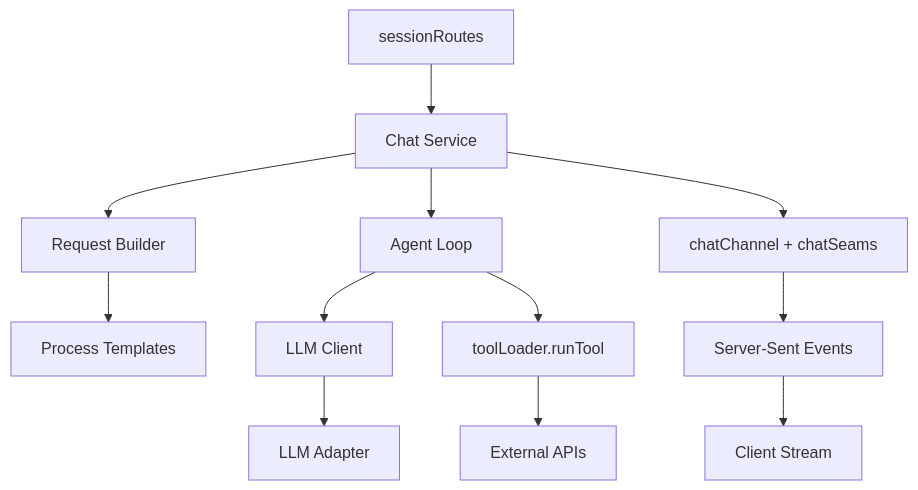
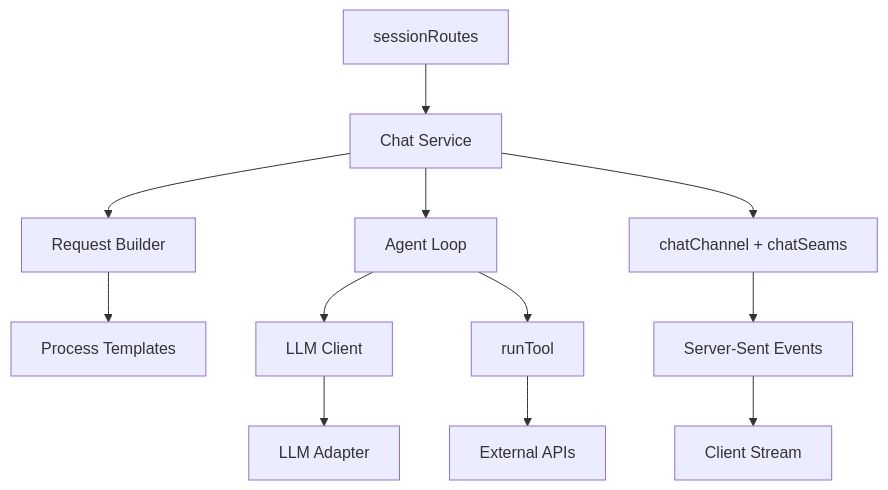
Before and after one commit to intrafind/ihub-apps: the fifth of 5 diagrams in docs/developer-onboarding.md, drawn with Mermaid. The commit also changed other lines of this file and 81 other files, not shown here.

First line of the commit message:
refactor(tools): split toolLoader.js into services/tools/{catalog,webSearchResolver,appTools,runTool}.js (#3237)

````diff
--- a/docs/developer-onboarding.md
+++ b/docs/developer-onboarding.md
@@ -449,16 +449,16 @@
 ```mermaid
 graph TB
     Routes[sessionRoutes] --> ChatService[Chat Service]
     ChatService --> RequestBuilder[Request Builder]
     ChatService --> AgentLoop[Agent Loop]
     ChatService --> Projection[chatChannel + chatSeams]
 
     RequestBuilder --> Templates[Process Templates]
     AgentLoop --> LLMClient[LLM Client]
-    AgentLoop --> Tools[toolLoader.runTool]
+    AgentLoop --> Tools[runTool]
     LLMClient --> LLMAdapter[LLM Adapter]
     Tools --> External[External APIs]
 
     Projection --> SSE[Server-Sent Events]
     SSE --> Client[Client Stream]
 ```
````
